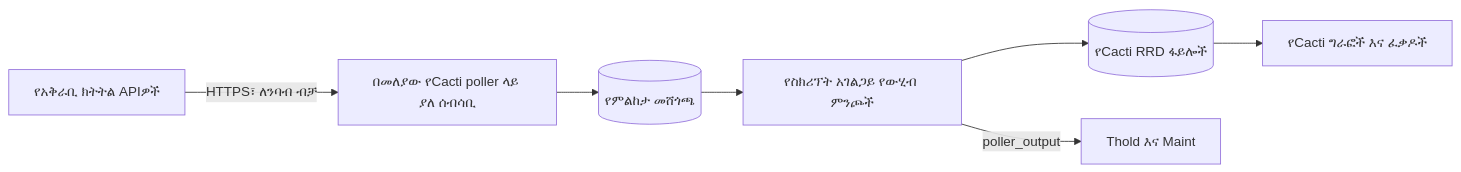
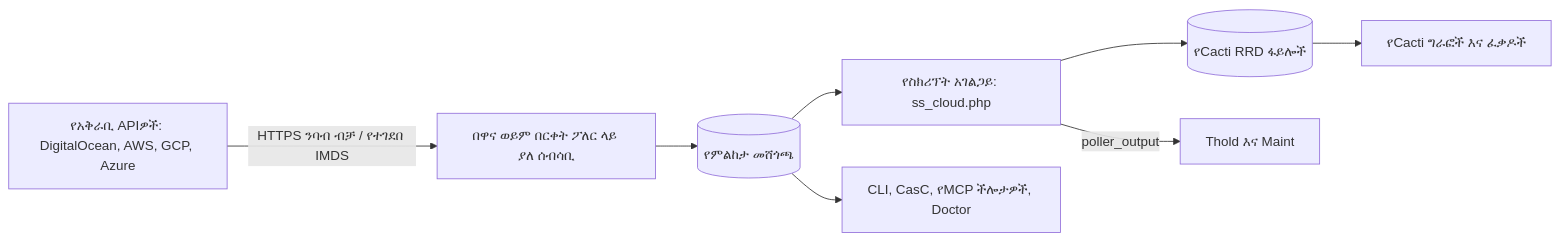
Before and after one commit to somethingwithproof/plugin_cloud: the diagram in docs/i18n/am-ET/README.md, drawn with Mermaid. The commit also changed other lines of this file and 48 other files, not shown here.

First line of the commit message:
docs(readme): document AWS, GCP, Azure drivers, remote collectors, and ecosystem hooks

````diff
--- a/docs/i18n/am-ET/README.md
+++ b/docs/i18n/am-ET/README.md
@@ -100,9 +148,10 @@
 ```mermaid
 flowchart LR
-    API["የአቅራቢ ክትትል APIዎች"] -->|"HTTPS፣ ለንባብ ብቻ"| C["በመለያው የCacti poller ላይ ያለ ሰብሳቢ"]
-    C --> O[("የምልከታ መሸጎጫ")]
-    O --> SS["የስክሪፕት አገልጋይ የውሂብ ምንጮች"]
-    SS --> RRD[("የCacti RRD ፋይሎች")]
-    SS -->|"poller_output"| T["Thold እና Maint"]
-    RRD --> G["የCacti ግራፎች እና ፈቃዶች"]
+    API["የአቅራቢ APIዎች: DigitalOcean, AWS, GCP, Azure"] -->|HTTPS ንባብ ብቻ / የተገደበ IMDS| C["በዋና ወይም በርቀት ፖለር ላይ ያለ ሰብሳቢ"]
+    C --> O[(የምልከታ መሸጎጫ)]
+    O --> SS["የስክሪፕት አገልጋይ: ss_cloud.php"]
+    SS --> RRD[(የCacti RRD ፋይሎች)]
+    SS -->|poller_output| T[Thold እና Maint]
+    RRD --> G[የCacti ግራፎች እና ፈቃዶች]
+    O --> ECO["CLI, CasC, የMCP ችሎታዎች, Doctor"]
 ```
````
